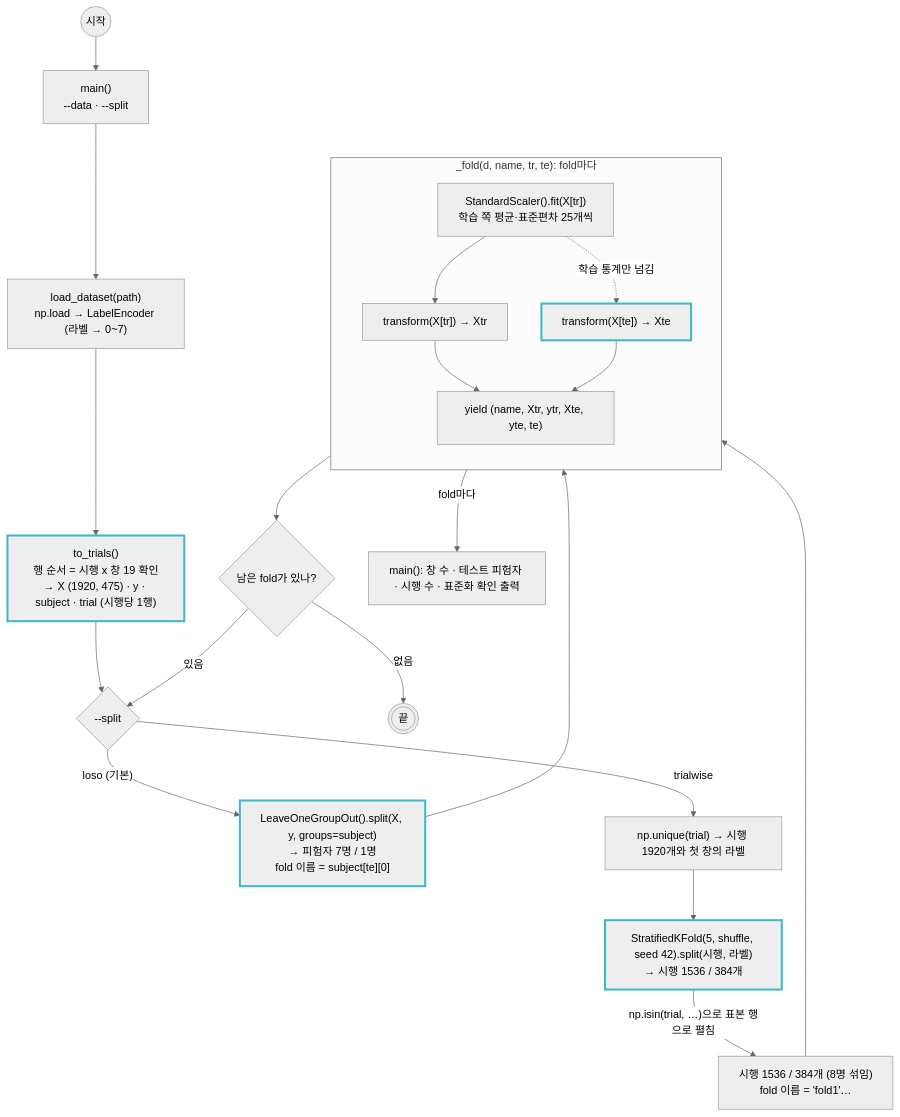
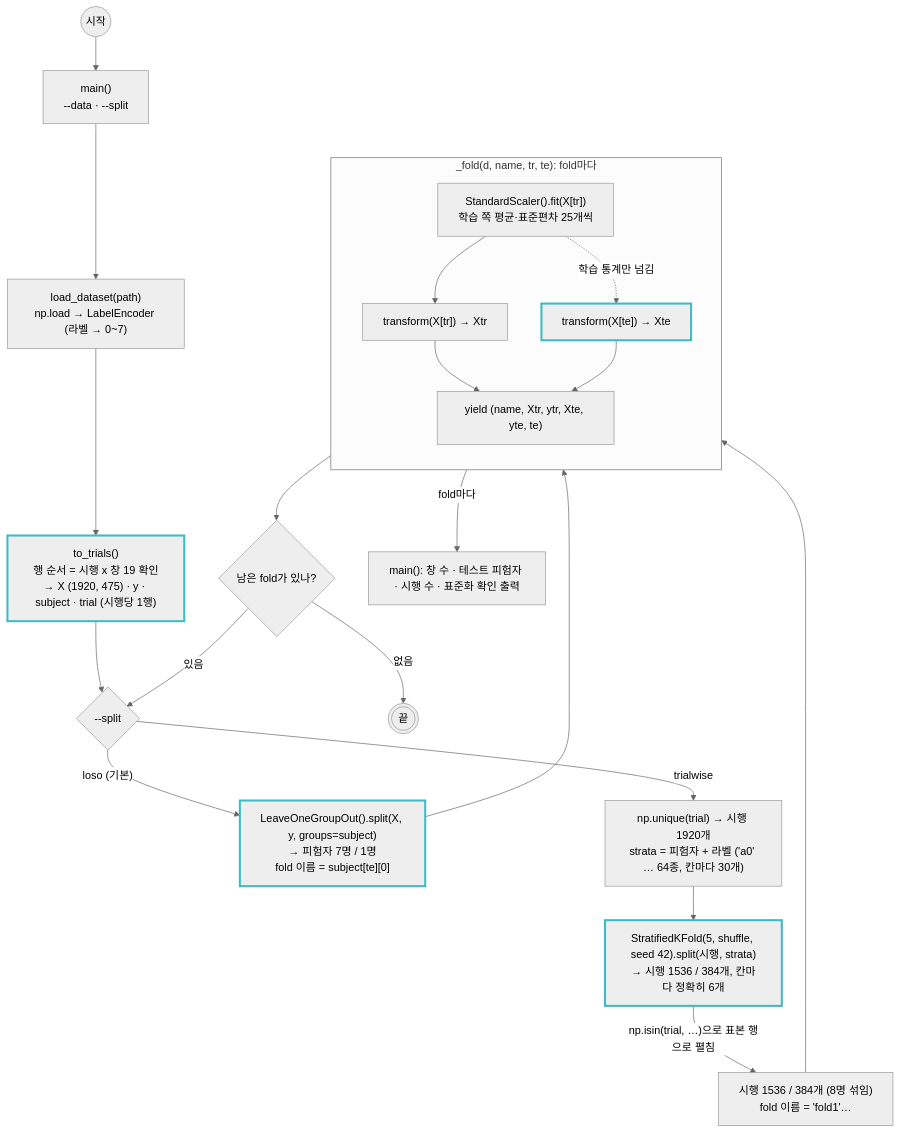
One commit to wm-shin/semg_arm_pred changed the diagram in docs/loso.md. Above: the diagram before and after it, drawn with Mermaid (neutral theme). The commit also changed other lines of this file and 15 other files, not shown here.

First line of the commit message:
trial-wise 분할을 피험자x라벨로 층화해 fold 간 피험자·클래스 비율을 맞춤, cut 그림 범례 이동

````diff
--- a/docs/loso.md
+++ b/docs/loso.md
@@ -21,33 +21,33 @@
 ```mermaid
 flowchart TD
     start((시작)) --> M["main()<br/>--data · --split"]
     M --> L["load_dataset(path)<br/>np.load → LabelEncoder (라벨 → 0~7)"]
     L --> TT["to_trials()<br/>행 순서 = 시행 x 창 19 확인<br/>→ X (1920, 475) · y · subject · trial (시행당 1행)"]
     TT --> SW{"--split"}
 
     SW -- "loso (기본)" --> LS["LeaveOneGroupOut().split(X, y, groups=subject)<br/>→ 피험자 7명 / 1명<br/>fold 이름 = subject[te][0]"]
-    SW -- "trialwise" --> TU["np.unique(trial) → 시행 1920개와 첫 창의 라벨"]
-    TU --> TS["StratifiedKFold(5, shuffle, seed 42).split(시행, 라벨)<br/>→ 시행 1536 / 384개"]
+    SW -- "trialwise" --> TU["np.unique(trial) → 시행 1920개<br/>strata = 피험자 + 라벨 ('a0' … 64종, 칸마다 30개)"]
+    TU --> TS["StratifiedKFold(5, shuffle, seed 42).split(시행, strata)<br/>→ 시행 1536 / 384개, 칸마다 정확히 6개"]
     TS -- "np.isin(trial, …)으로 표본 행으로 펼침" --> TE["시행 1536 / 384개 (8명 섞임)<br/>fold 이름 = 'fold1'…"]
 
     subgraph F["_fold(d, name, tr, te): fold마다"]
         direction TB
         FIT["StandardScaler().fit(X[tr])<br/>학습 쪽 평균·표준편차 25개씩"]
         FIT --> TR["transform(X[tr]) → Xtr"]
         FIT -. "학습 통계만 넘김" .-> TTE["transform(X[te]) → Xte"]
         TR --> Y["yield (name, Xtr, ytr, Xte, yte, te)"]
         TTE --> Y
     end
 
     LS --> F
     TE --> F
     Y --> D{"남은 fold가 있나?"}
     D -- "있음" --> SW
     Y -- "fold마다" --> OUT["main(): 창 수 · 테스트 피험자 · 시행 수 · 표준화 확인 출력"]
     D -- "없음" --> stop(((끝)))
 
     style TT stroke:#3fb9c4,stroke-width:3px
     style LS stroke:#3fb9c4,stroke-width:3px
     style TS stroke:#3fb9c4,stroke-width:3px
     style TTE stroke:#3fb9c4,stroke-width:3px
 ```
````
